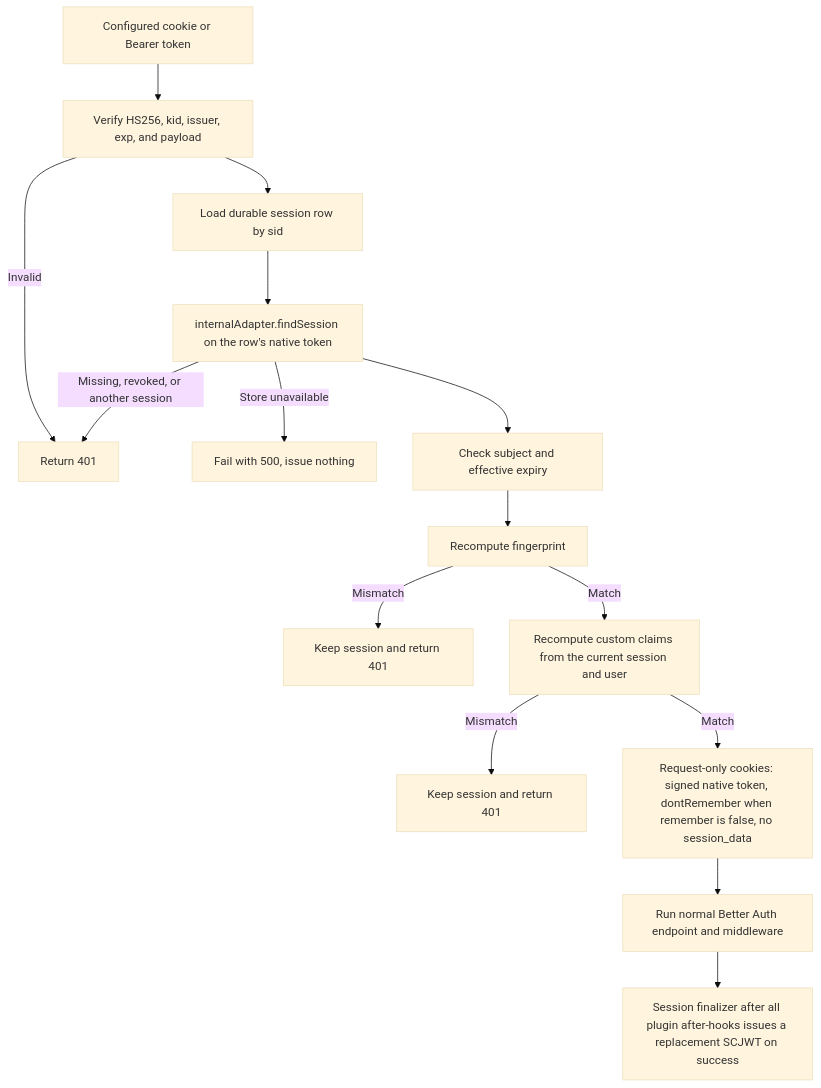
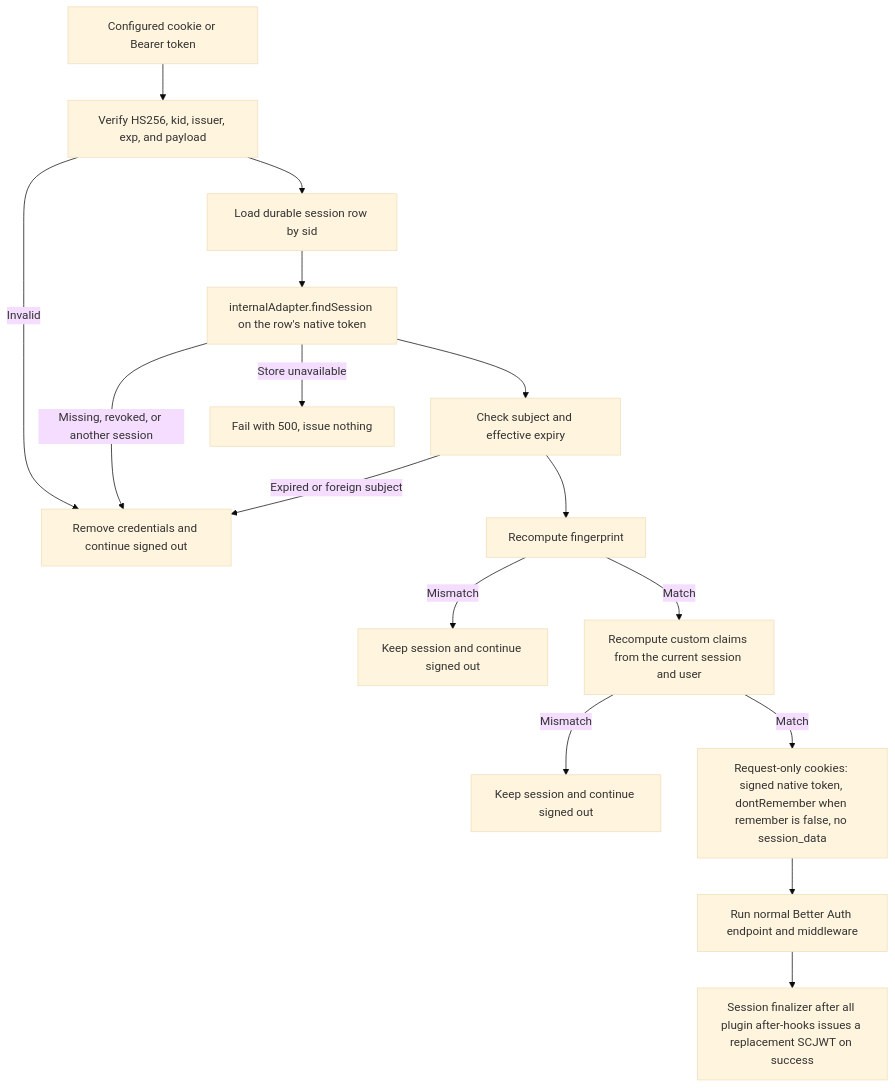
One commit to dark1zinn/better-auth-scjwt changed the diagram in docs/README.md. Above: the diagram before and after it, drawn with Mermaid (base theme). The commit also changed other lines of this file and 19 other files, not shown here.

````diff
--- a/docs/README.md
+++ b/docs/README.md
@@ -21,17 +21,18 @@
 ```mermaid
 flowchart TD
   A[Configured cookie or Bearer token] --> B[Verify HS256, kid, issuer, exp, and payload]
-  B -->|Invalid| X[Return 401]
+  B -->|Invalid| X[Remove credentials and continue signed out]
   B --> C[Load durable session row by sid]
   C --> L[internalAdapter.findSession on the row's native token]
   L -->|Missing, revoked, or another session| X
   L -->|Store unavailable| Y[Fail with 500, issue nothing]
   L --> D[Check subject and effective expiry]
+  D -->|Expired or foreign subject| X
   D --> E[Recompute fingerprint]
-  E -->|Mismatch| F[Keep session and return 401]
+  E -->|Mismatch| F[Keep session and continue signed out]
   E -->|Match| G[Recompute custom claims from the current session and user]
-  G -->|Mismatch| H[Keep session and return 401]
+  G -->|Mismatch| H[Keep session and continue signed out]
   G -->|Match| I[Request-only cookies: signed native token, dontRemember when remember is false, no session_data]
   I --> J[Run normal Better Auth endpoint and middleware]
   J --> K[Session finalizer after all plugin after-hooks issues a replacement SCJWT on success]
 ```
````
